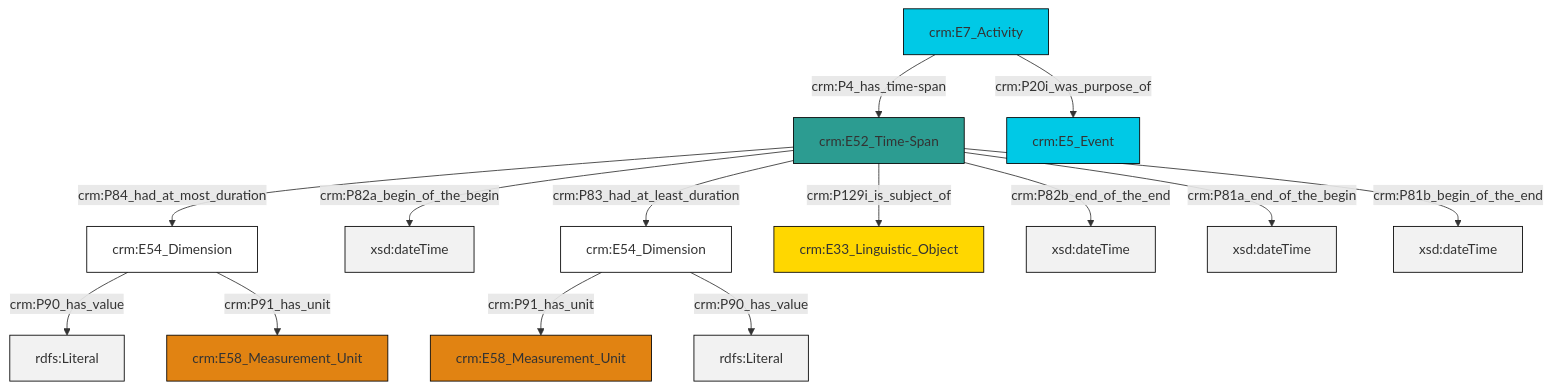
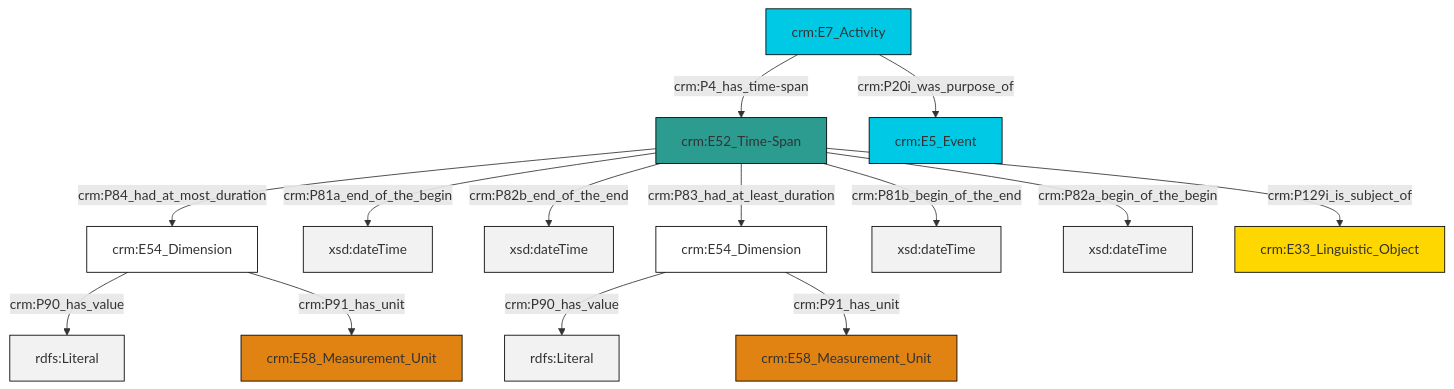
The diagram in et/eventCSV/ttl/mmd/event_existence.ttl.mmd (swiss-art-research-net/docs.swissartresearch), drawn with Mermaid before and after one commit. The commit also changed 177 other files, not shown here.

```diff
--- a/et/eventCSV/ttl/mmd/event_existence.ttl.mmd
+++ b/et/eventCSV/ttl/mmd/event_existence.ttl.mmd
@@ -1,28 +1,28 @@
 graph TD
 classDef Literal fill:#f2f2f2,stroke:#000000;
 classDef CRM_Entity fill:#FFFFFF,stroke:#000000;
 classDef Temporal_Entity fill:#00C9E6, stroke:#000000;
 classDef Type fill:#E18312, stroke:#000000;
 classDef Time-Span fill:#2C9C91, stroke:#000000;
 classDef Appellation fill:#FFEB7F, stroke:#000000;
 classDef Place fill:#008836, stroke:#000000;
 classDef Persistent_Item fill:#B266B2, stroke:#000000;
 classDef Conceptual_Object fill:#FFD700, stroke:#000000;
 classDef Physical_Thing fill:#D2B48C, stroke:#000000;
 classDef Actor fill:#f58aad, stroke:#000000;
 classDef PC_Classes fill:#4ce600, stroke:#000000;
 classDef Multi fill:#cccccc,stroke:#000000;
 
-2["crm:E54_Dimension"]:::CRM_Entity -->|crm:P90_has_value| 3[rdfs:Literal]:::Literal
-4["crm:E52_Time-Span"]:::Time-Span -->|crm:P82a_begin_of_the_begin| 5[xsd:dateTime]:::Literal
-4["crm:E52_Time-Span"]:::Time-Span -->|crm:P84_had_at_most_duration| 2["crm:E54_Dimension"]:::CRM_Entity
-4["crm:E52_Time-Span"]:::Time-Span -->|crm:P129i_is_subject_of| 11["crm:E33_Linguistic_Object"]:::Conceptual_Object
-2["crm:E54_Dimension"]:::CRM_Entity -->|crm:P91_has_unit| 0["crm:E58_Measurement_Unit"]:::Type
-4["crm:E52_Time-Span"]:::Time-Span -->|crm:P82b_end_of_the_end| 15[xsd:dateTime]:::Literal
-9["crm:E54_Dimension"]:::CRM_Entity -->|crm:P91_has_unit| 12["crm:E58_Measurement_Unit"]:::Type
-9["crm:E54_Dimension"]:::CRM_Entity -->|crm:P90_has_value| 16[rdfs:Literal]:::Literal
-4["crm:E52_Time-Span"]:::Time-Span -->|crm:P81a_end_of_the_begin| 17[xsd:dateTime]:::Literal
-7["crm:E7_Activity"]:::Temporal_Entity -->|crm:P20i_was_purpose_of| 18["crm:E5_Event"]:::Temporal_Entity
-4["crm:E52_Time-Span"]:::Time-Span -->|crm:P81b_begin_of_the_end| 19[xsd:dateTime]:::Literal
-4["crm:E52_Time-Span"]:::Time-Span -->|crm:P83_had_at_least_duration| 9["crm:E54_Dimension"]:::CRM_Entity
-7["crm:E7_Activity"]:::Temporal_Entity -->|crm:P4_has_time-span| 4["crm:E52_Time-Span"]:::Time-Span
+2["crm:E7_Activity"]:::Temporal_Entity -->|crm:P4_has_time-span| 3["crm:E52_Time-Span"]:::Time-Span
+3["crm:E52_Time-Span"]:::Time-Span -->|crm:P81a_end_of_the_begin| 6[xsd:dateTime]:::Literal
+3["crm:E52_Time-Span"]:::Time-Span -->|crm:P82b_end_of_the_end| 7[xsd:dateTime]:::Literal
+8["crm:E54_Dimension"]:::CRM_Entity -->|crm:P90_has_value| 9[rdfs:Literal]:::Literal
+0["crm:E54_Dimension"]:::CRM_Entity -->|crm:P90_has_value| 11[rdfs:Literal]:::Literal
+3["crm:E52_Time-Span"]:::Time-Span -->|crm:P81b_begin_of_the_end| 14[xsd:dateTime]:::Literal
+3["crm:E52_Time-Span"]:::Time-Span -->|crm:P82a_begin_of_the_begin| 16[xsd:dateTime]:::Literal
+2["crm:E7_Activity"]:::Temporal_Entity -->|crm:P20i_was_purpose_of| 4["crm:E5_Event"]:::Temporal_Entity
+3["crm:E52_Time-Span"]:::Time-Span -->|crm:P84_had_at_most_duration| 8["crm:E54_Dimension"]:::CRM_Entity
+3["crm:E52_Time-Span"]:::Time-Span -->|crm:P83_had_at_least_duration| 0["crm:E54_Dimension"]:::CRM_Entity
+8["crm:E54_Dimension"]:::CRM_Entity -->|crm:P91_has_unit| 20["crm:E58_Measurement_Unit"]:::Type
+3["crm:E52_Time-Span"]:::Time-Span -->|crm:P129i_is_subject_of| 17["crm:E33_Linguistic_Object"]:::Conceptual_Object
+0["crm:E54_Dimension"]:::CRM_Entity -->|crm:P91_has_unit| 12["crm:E58_Measurement_Unit"]:::Type
```
